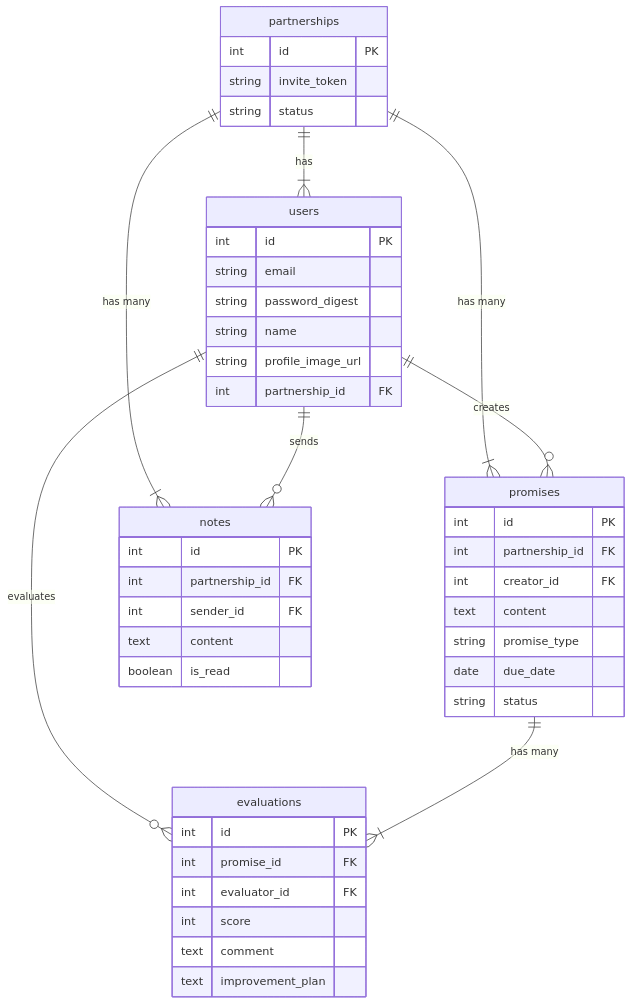
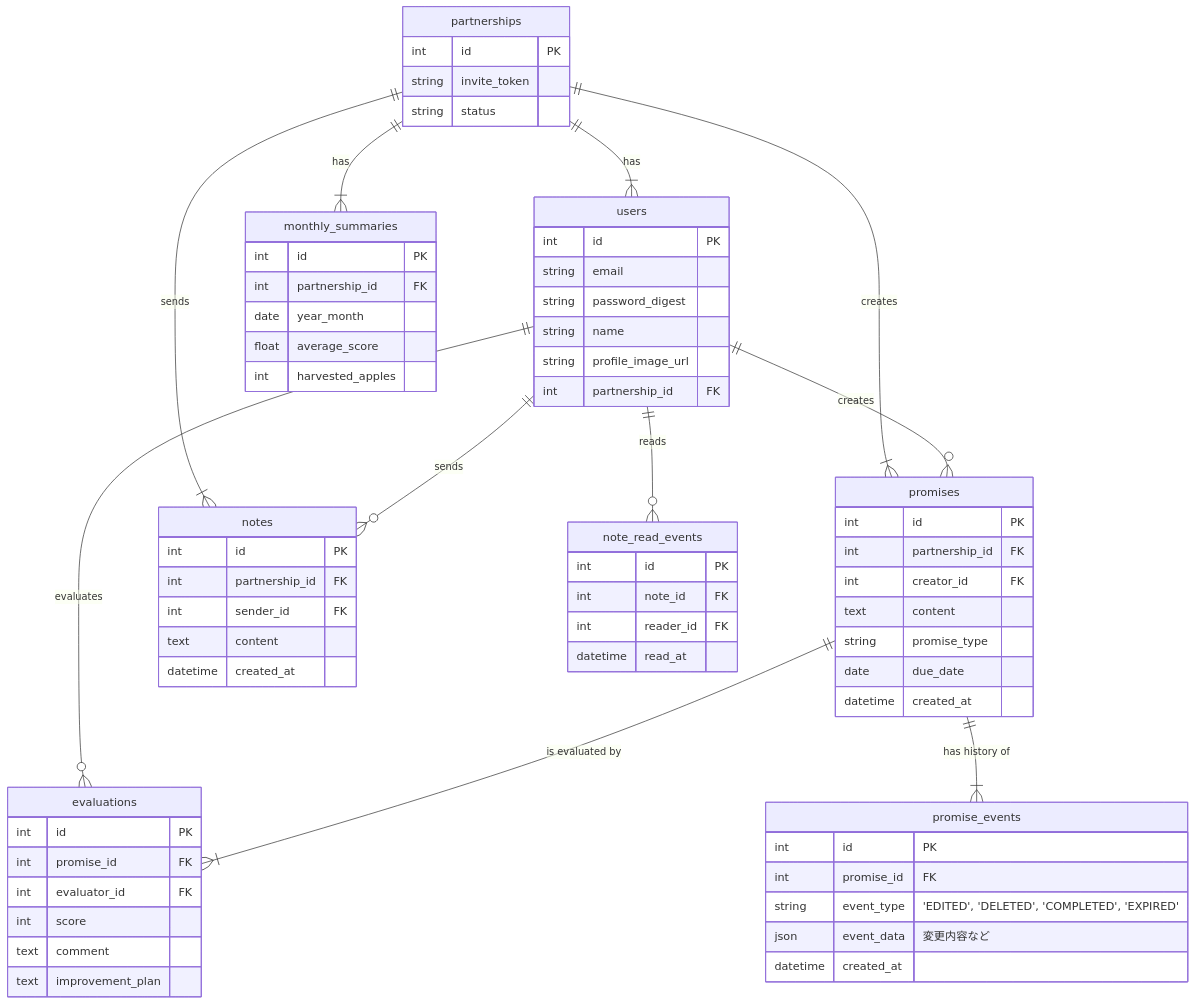
One commit to compile425/yubikirigennmann changed the eighth of 9 diagrams in documents/design.md. Above: the diagram before and after it, drawn with Mermaid.

````diff
--- a/documents/design.md
+++ b/documents/design.md
@@ -210,54 +210,81 @@
 ```mermaid
 erDiagram
     %% --- 関係性の定義 ---
     partnerships ||--|{ users : "has"
-    partnerships ||--|{ promises : "has many"
-    partnerships ||--|{ notes : "has many"
+    partnerships ||--|{ promises : "creates"
+    partnerships ||--|{ notes : "sends"
+    partnerships ||--|{ monthly_summaries : "has"
     users ||--o{ promises : "creates"
     users ||--o{ evaluations : "evaluates"
     users ||--o{ notes : "sends"
-    promises ||--|{ evaluations : "has many"
+    users ||--o{ note_read_events : "reads"
+    promises ||--|{ evaluations : "is evaluated by"
+    promises ||--|{ promise_events : "has history of"
+
 
     %% --- テーブル（エンティティ）の定義 ---
     users {
         int id "PK"
         string email
         string password_digest
         string name
         string profile_image_url
         int partnership_id "FK"
     }
 
     partnerships {
         int id "PK"
         string invite_token
         string status
     }
 
     promises {
         int id "PK"
         int partnership_id "FK"
         int creator_id "FK"
         text content
         string promise_type
         date due_date
-        string status
+        datetime created_at
+    }
+
+    promise_events {
+        int id "PK"
+        int promise_id "FK"
+        string event_type "'EDITED', 'DELETED', 'COMPLETED', 'EXPIRED'"
+        json event_data "変更内容など"
+        datetime created_at
     }
 
     evaluations {
         int id "PK"
         int promise_id "FK"
         int evaluator_id "FK"
         int score
         text comment
         text improvement_plan
     }
 
     notes {
         int id "PK"
         int partnership_id "FK"
         int sender_id "FK"
         text content
-        boolean is_read
+        datetime created_at
+    }
+
+    note_read_events {
+        int id "PK"
+        int note_id "FK"
+        int reader_id "FK"
+        datetime read_at
+    }
+
+    monthly_summaries {
+        int id "PK"
+        int partnership_id "FK"
+        date year_month
+        float average_score
+        int harvested_apples
     }
 ```
````
